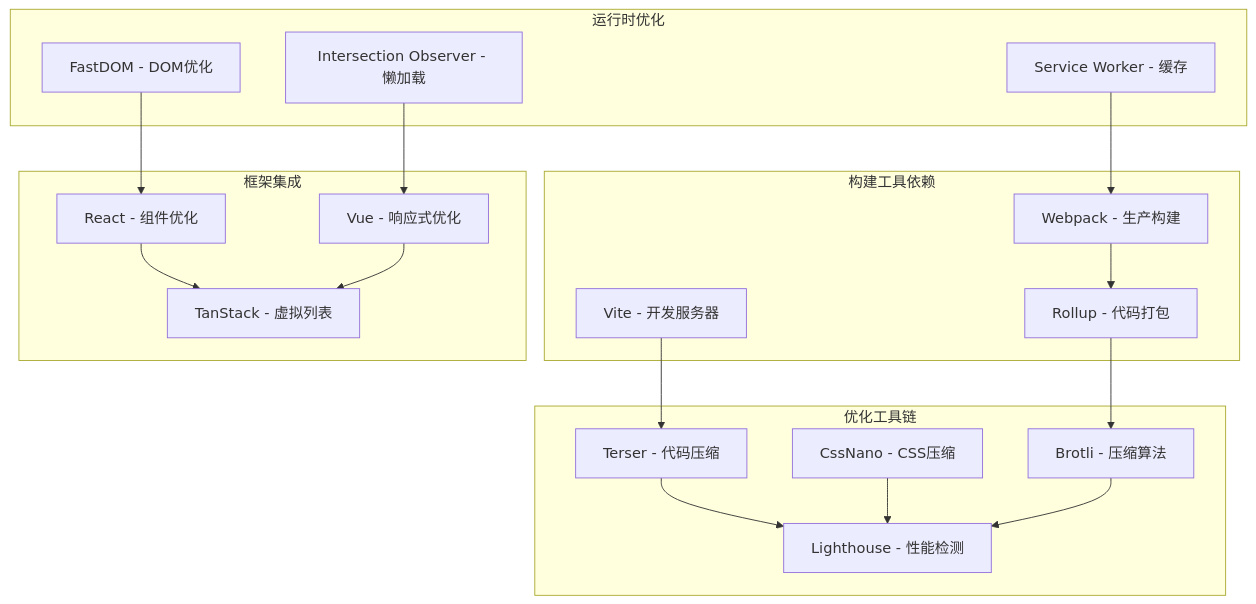
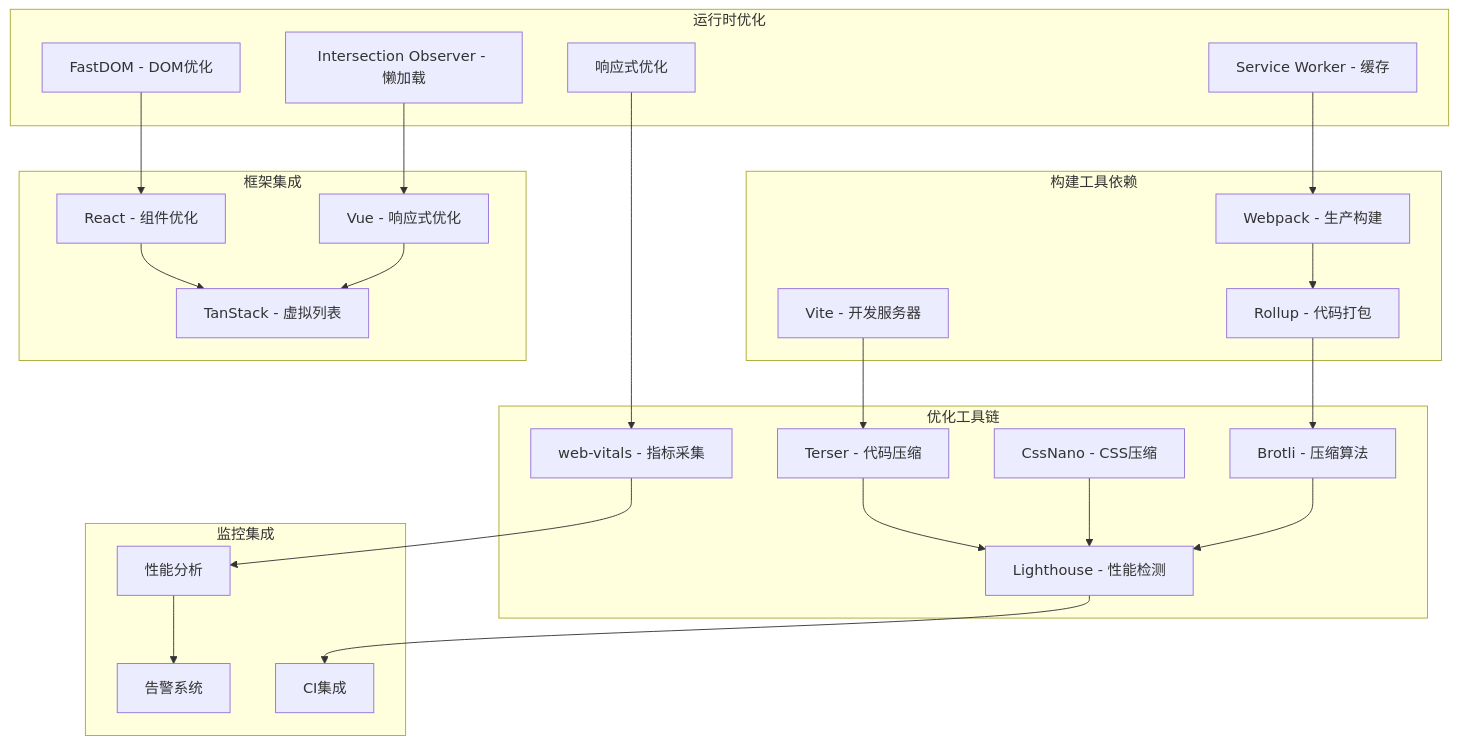
Before and after one commit to UnicornXU/knowledge-base: the fourth of 6 diagrams in .qoder/repowiki/zh/content/前端性能优化/前端性能优化.md, drawn with Mermaid. The commit also changed other lines of this file and 18 other files, not shown here.

````diff
--- a/.qoder/repowiki/zh/content/前端性能优化/前端性能优化.md
+++ b/.qoder/repowiki/zh/content/前端性能优化/前端性能优化.md
@@ -672,35 +1478,46 @@
 ```mermaid
 graph TB
 subgraph "构建工具依赖"
 Vite[Vite - 开发服务器]
 Webpack[Webpack - 生产构建]
 Rollup[Rollup - 代码打包]
 end
 subgraph "优化工具链"
 Terser[Terser - 代码压缩]
 CssNano[CssNano - CSS压缩]
 Brotli[Brotli - 压缩算法]
 Lighthouse[Lighthouse - 性能检测]
+WebVitals[web-vitals - 指标采集]
 end
 subgraph "运行时优化"
 FastDOM[FastDOM - DOM优化]
 SW[Service Worker - 缓存]
 IO[Intersection Observer - 懒加载]
+Responsive[响应式优化]
 end
 subgraph "框架集成"
 React[React - 组件优化]
 Vue[Vue - 响应式优化]
 TanStack[TanStack - 虚拟列表]
+end
+subgraph "监控集成"
+Analytics[性能分析]
+Alerts[告警系统]
+CI[CI集成]
 end
 Vite --> Terser
 Webpack --> Rollup
 Rollup --> Brotli
 Terser --> Lighthouse
 CssNano --> Lighthouse
 Brotli --> Lighthouse
 FastDOM --> React
 SW --> Webpack
 IO --> Vue
 React --> TanStack
 Vue --> TanStack
+WebVitals --> Analytics
+Analytics --> Alerts
+Lighthouse --> CI
+Responsive --> WebVitals
 ```
````
